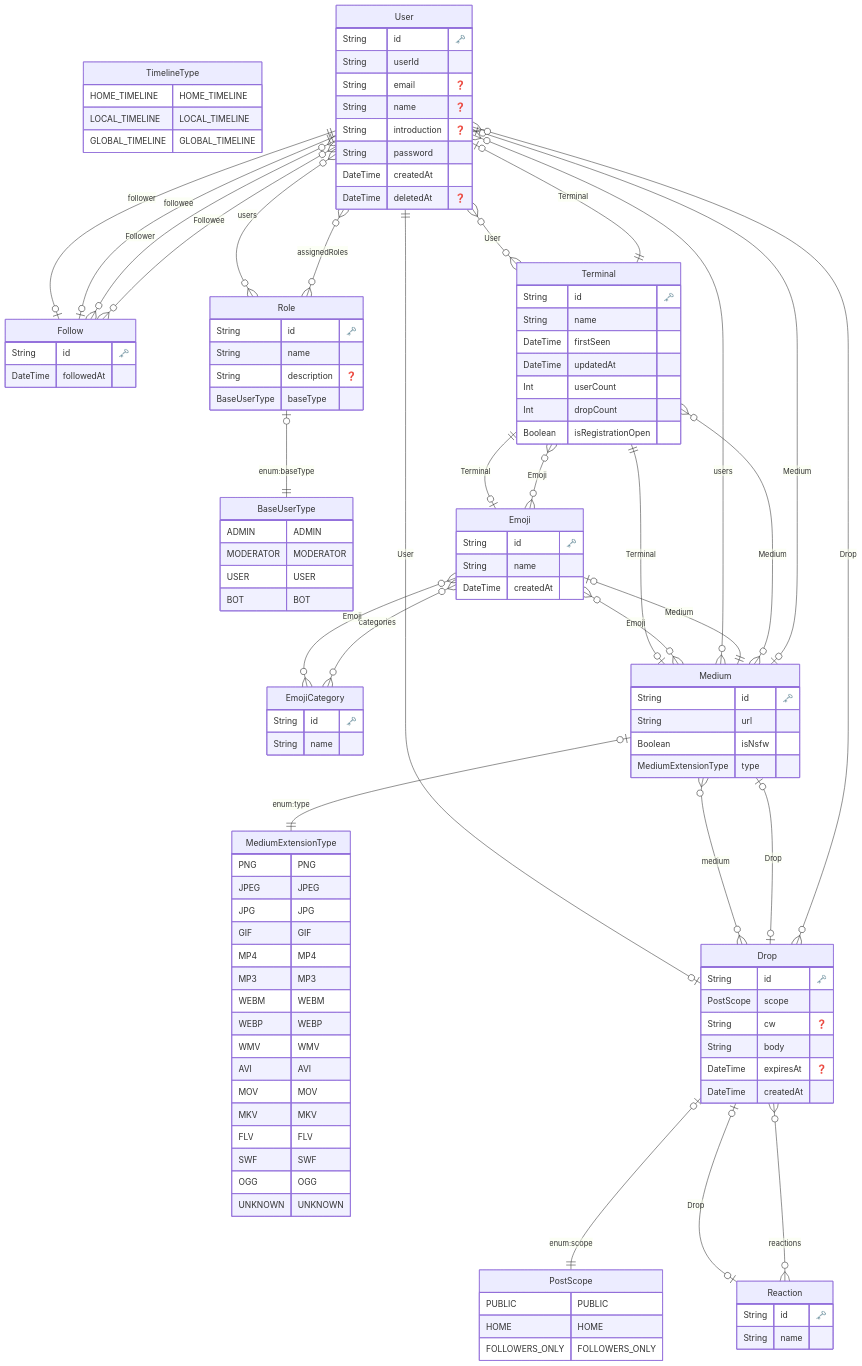
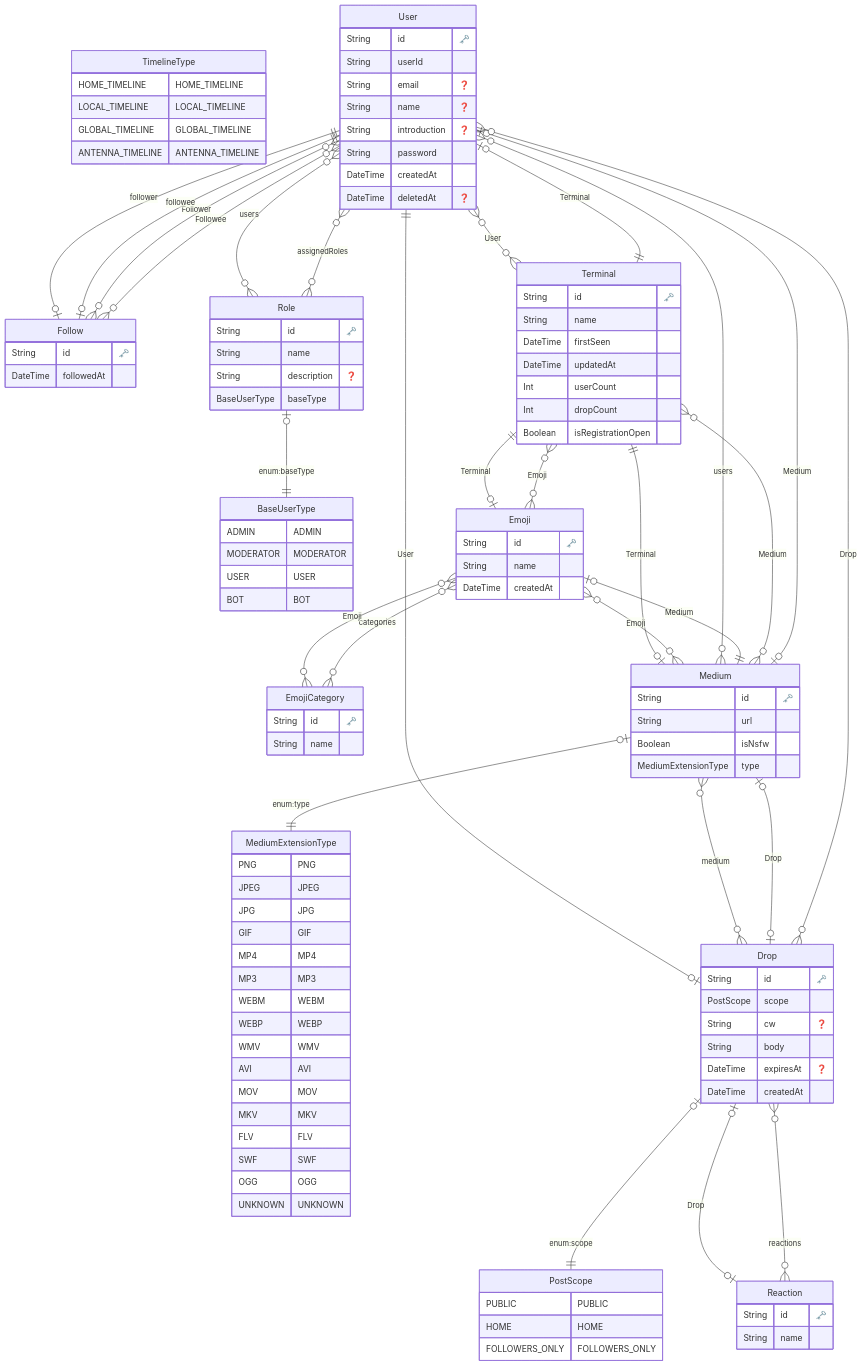
The diagram in packages/backend/prisma/erd.md (na2na-p/avion), drawn with Mermaid before and after one commit. The commit also changed 2 other files, not shown here.

Commit message:
アンテナタイムラインに対応

```diff
--- a/packages/backend/prisma/erd.md
+++ b/packages/backend/prisma/erd.md
@@ -22,6 +22,7 @@
             HOME_TIMELINE HOME_TIMELINE
 LOCAL_TIMELINE LOCAL_TIMELINE
 GLOBAL_TIMELINE GLOBAL_TIMELINE
+ANTENNA_TIMELINE ANTENNA_TIMELINE
         }
     
 
```
